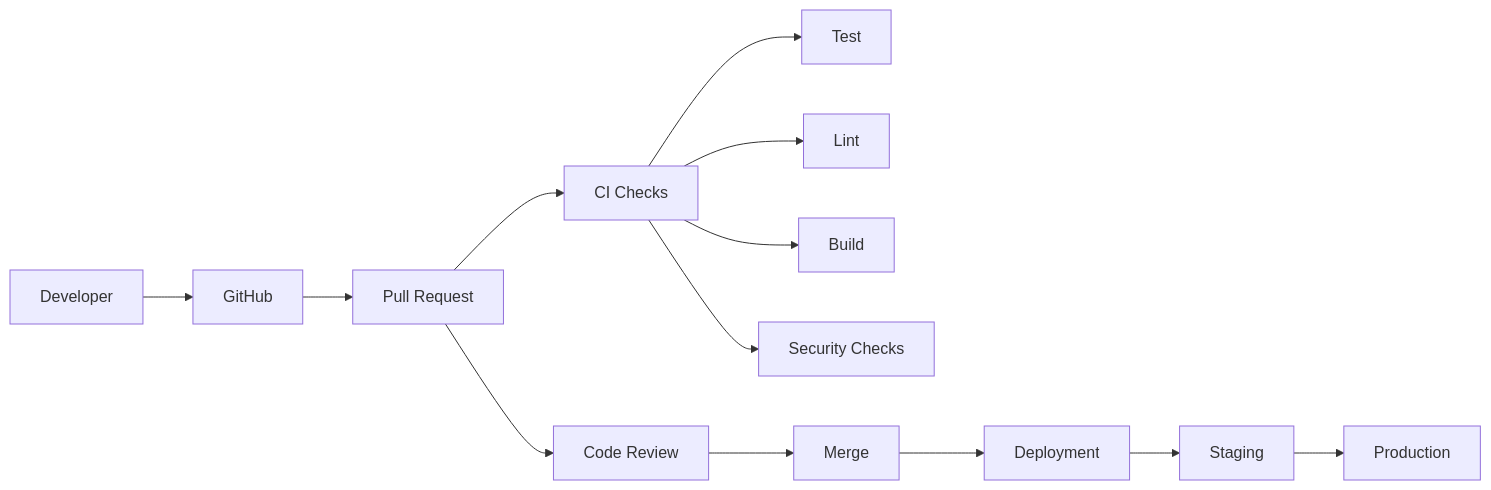
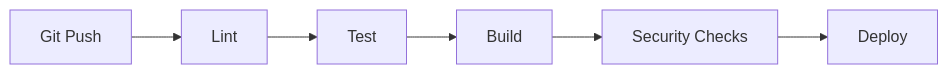
One commit to Izyane-InovSolutions/commerce changed diagram 23 of 25 in README.md. Above: the diagram before and after it, drawn with Mermaid. The commit also changed other lines of this file, not shown here.

Commit message:
docs: switch backend architecture to NestJS modular monolith

````diff
--- a/README.md
+++ b/README.md
@@ -1536,15 +1323,8 @@
 ```mermaid
 flowchart LR
-    DEV[Developer] --> GIT[GitHub]
-    GIT --> PR[Pull Request]
-    PR --> CI[CI Checks]
-    CI --> TEST[Test]
-    CI --> LINT[Lint]
-    CI --> BUILD[Build]
-    CI --> SECURITY[Security Checks]
-    PR --> REVIEW[Code Review]
-    REVIEW --> MERGE[Merge]
-    MERGE --> DEPLOY[Deployment]
-    DEPLOY --> STAGING[Staging]
-    STAGING --> PRODUCTION[Production]
+    PUSH[Git Push] --> LINT[Lint]
+    LINT --> TEST[Test]
+    TEST --> BUILD[Build]
+    BUILD --> SECURITY[Security Checks]
+    SECURITY --> DEPLOY[Deploy]
 ```
````
